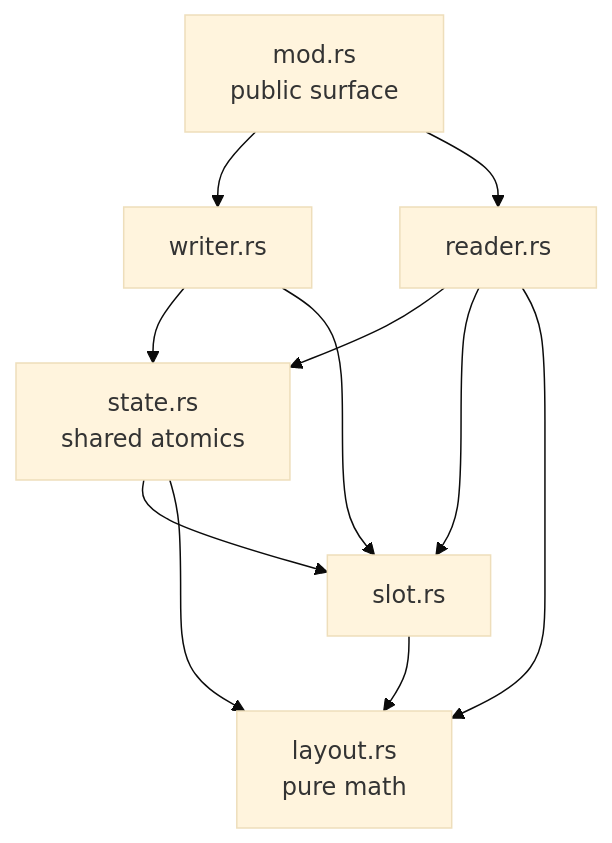
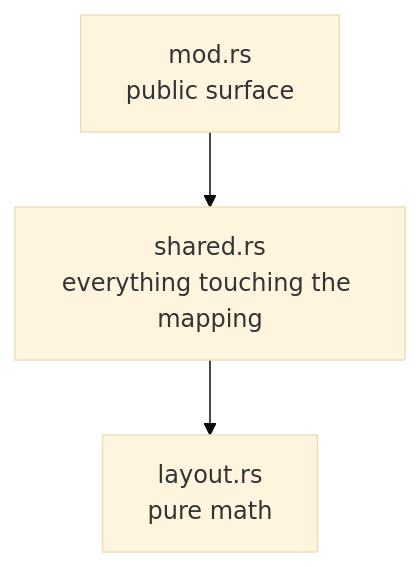
The diagram in crates/fspy_shared/src/ipc/channel/shm_io/README.md (voidzero-dev/vite-task), drawn with Mermaid (base theme) before and after one commit. The commit also changed other lines of this file and 7 other files, not shown here.

````diff
--- a/crates/fspy_shared/src/ipc/channel/shm_io/README.md
+++ b/crates/fspy_shared/src/ipc/channel/shm_io/README.md
@@ -181,13 +178,5 @@
 ```mermaid
 graph TD
-    mod["mod.rs<br>public surface"] --> writer["writer.rs"]
-    mod --> reader["reader.rs"]
-    writer --> state["state.rs<br>shared atomics"]
-    writer --> slot["slot.rs"]
-    reader --> state
-    reader --> slot
-    reader --> layout["layout.rs<br>pure math"]
-    state --> slot
-    state --> layout
-    slot --> layout
+    mod["mod.rs<br>public surface"] --> shared["shared.rs<br>everything touching the mapping"]
+    shared --> layout["layout.rs<br>pure math"]
 ```
````
